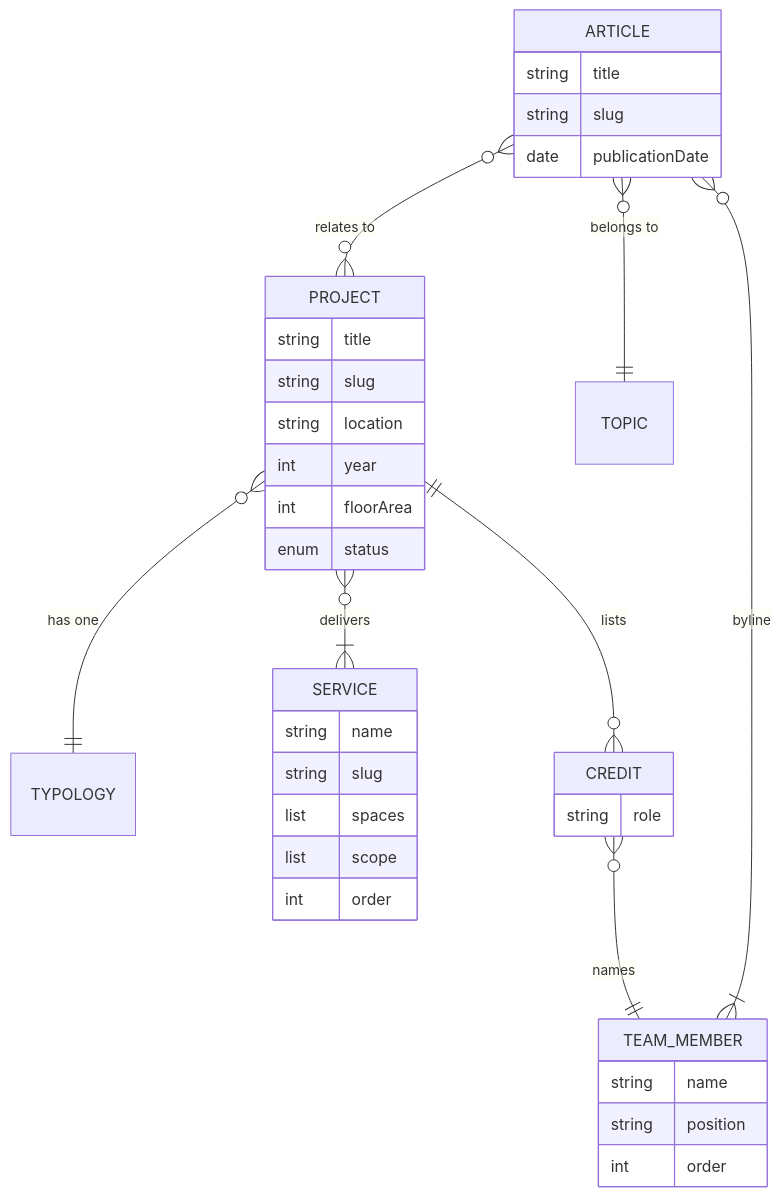
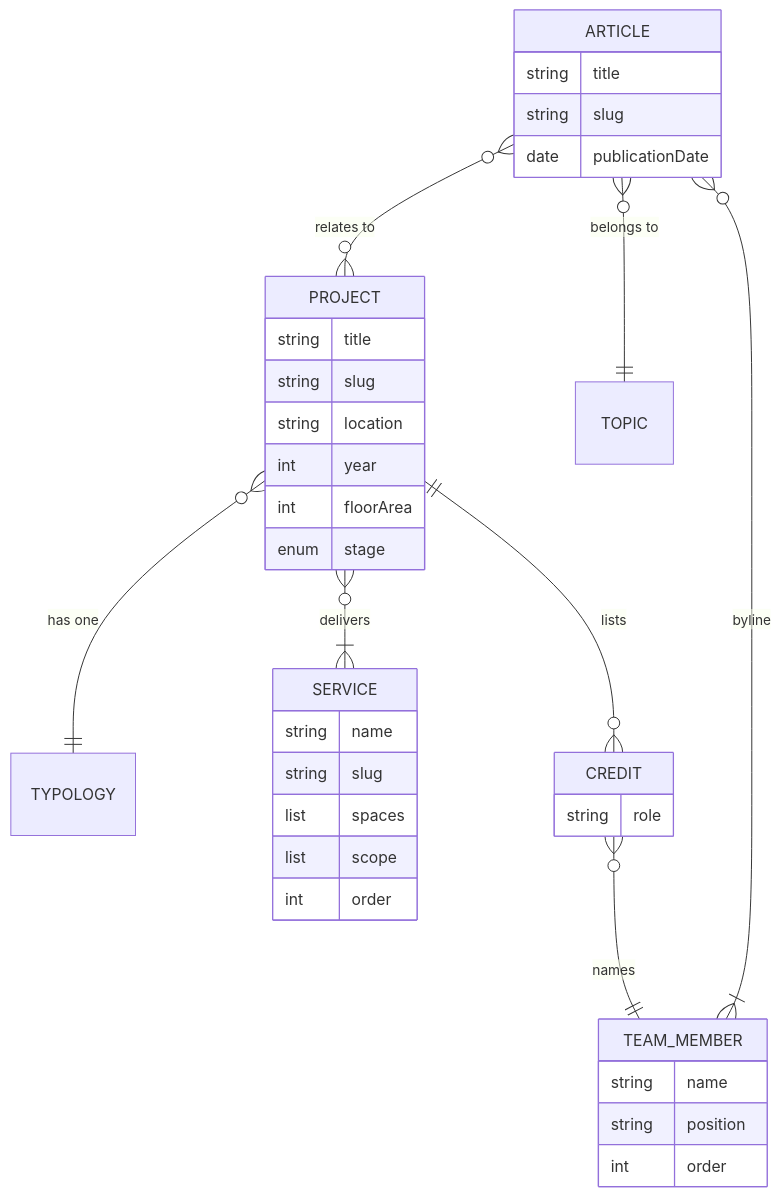
The second of 7 diagrams in docs/DESIGN.md (FreddieTheObserver/eaves), drawn with Mermaid before and after one commit. The commit also changed other lines of this file and 70 other files, not shown here.

````diff
--- a/docs/DESIGN.md
+++ b/docs/DESIGN.md
@@ -172,38 +172,38 @@
 ```mermaid
 erDiagram
     PROJECT }o--|| TYPOLOGY : "has one"
     PROJECT }o--|{ SERVICE : "delivers"
     PROJECT ||--o{ CREDIT : "lists"
     CREDIT }o--|| TEAM_MEMBER : "names"
     ARTICLE }o--|{ TEAM_MEMBER : "byline"
     ARTICLE }o--|| TOPIC : "belongs to"
     ARTICLE }o--o{ PROJECT : "relates to"
     PROJECT {
         string title
         string slug
         string location
         int year
         int floorArea
-        enum status
+        enum stage
     }
     SERVICE {
         string name
         string slug
         list spaces
         list scope
         int order
     }
     ARTICLE {
         string title
         string slug
         date publicationDate
     }
     TEAM_MEMBER {
         string name
         string position
         int order
     }
     CREDIT {
         string role
     }
 ```
````
